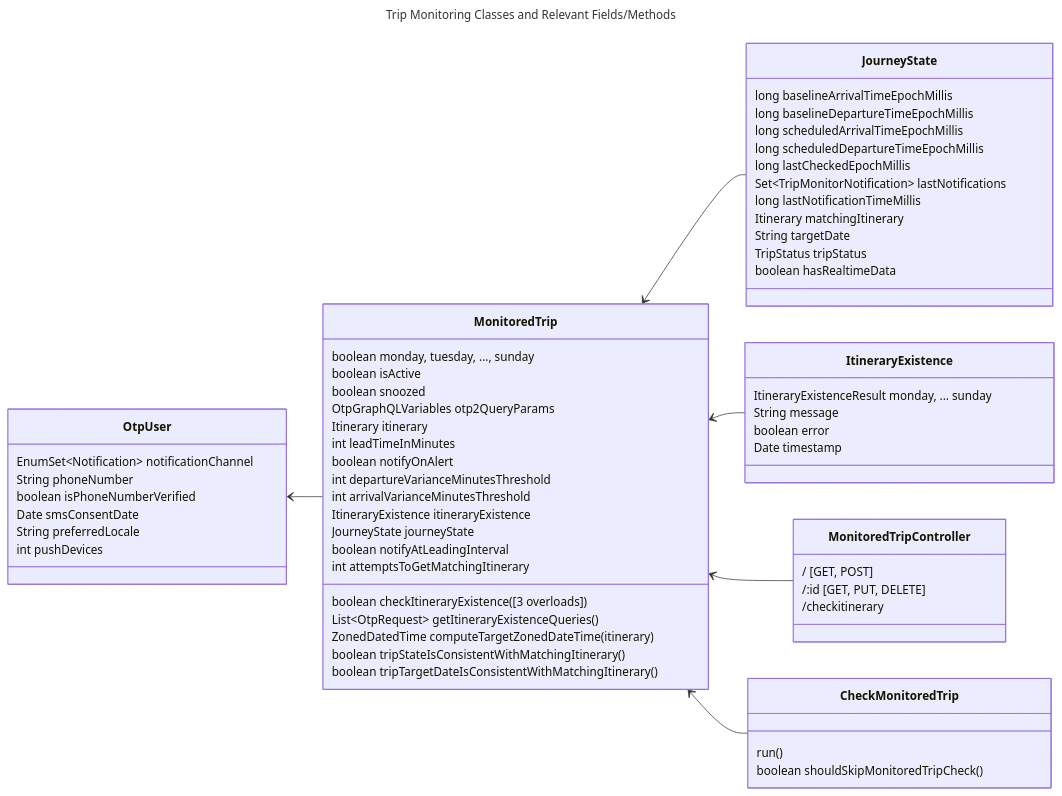
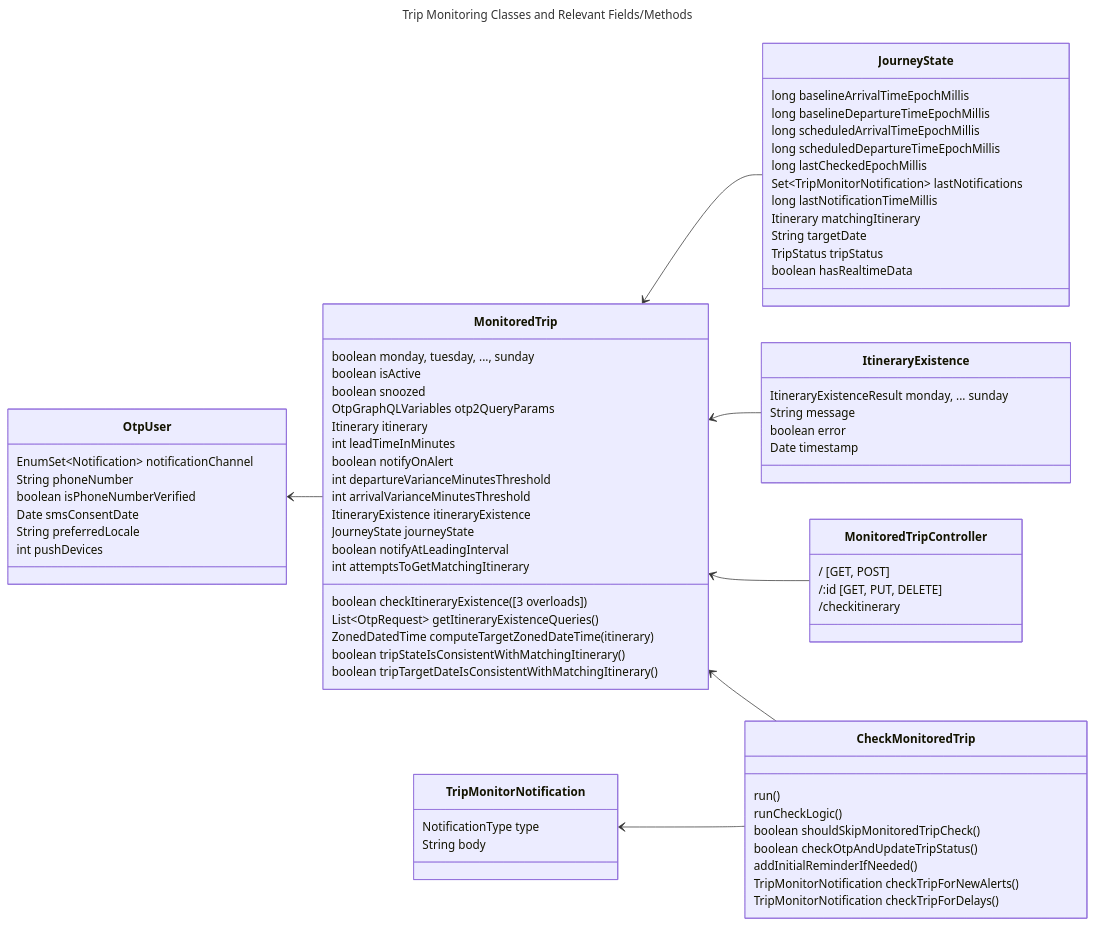
One commit to ibi-group/otp-middleware changed the first of 4 diagrams in docs/trip-monitoring.md. Above: the diagram before and after it, drawn with Mermaid. The commit also changed other lines of this file, not shown here.

Commit message:
docs(trip-monitoring): Add trip notification methods.

````diff
--- a/docs/trip-monitoring.md
+++ b/docs/trip-monitoring.md
@@ -15,69 +15,79 @@
 ```mermaid
 ---
 title: Trip Monitoring Classes and Relevant Fields/Methods
 ---
 classDiagram
     direction RL
     class OtpUser {
         EnumSet~Notification~ notificationChannel
         String phoneNumber
         boolean isPhoneNumberVerified
         Date smsConsentDate
         String preferredLocale
         int pushDevices
     }
     class MonitoredTrip {
         boolean monday, tuesday, ..., sunday
         boolean isActive
         boolean snoozed
         OtpGraphQLVariables otp2QueryParams
         Itinerary itinerary
         int leadTimeInMinutes
         boolean notifyOnAlert
         int departureVarianceMinutesThreshold
         int arrivalVarianceMinutesThreshold
         ItineraryExistence itineraryExistence
         JourneyState journeyState
         boolean notifyAtLeadingInterval
         int attemptsToGetMatchingItinerary
         boolean checkItineraryExistence([3 overloads])
         List~OtpRequest~ getItineraryExistenceQueries()
         ZonedDatedTime computeTargetZonedDateTime(itinerary)
         boolean tripStateIsConsistentWithMatchingItinerary()
         boolean tripTargetDateIsConsistentWithMatchingItinerary()
     }
     class JourneyState {
         long baselineArrivalTimeEpochMillis
         long baselineDepartureTimeEpochMillis
         long scheduledArrivalTimeEpochMillis
         long scheduledDepartureTimeEpochMillis
         long lastCheckedEpochMillis
         Set~TripMonitorNotification~ lastNotifications
         long lastNotificationTimeMillis
         Itinerary matchingItinerary
         String targetDate
         TripStatus tripStatus
         boolean hasRealtimeData
     }
     class ItineraryExistence {
         ItineraryExistenceResult monday, ... sunday
         String message
         boolean error
         Date timestamp
     }
     class MonitoredTripController {
         / [GET, POST]
         /:id [GET, PUT, DELETE]
         /checkitinerary
     }
     class CheckMonitoredTrip {
         run()
+        runCheckLogic()
         boolean shouldSkipMonitoredTripCheck()
+        boolean checkOtpAndUpdateTripStatus()
+        addInitialReminderIfNeeded()
+        TripMonitorNotification checkTripForNewAlerts()
+        TripMonitorNotification checkTripForDelays()
+    }
+    class TripMonitorNotification {
+        NotificationType type
+        String body
     }
     MonitoredTrip --> OtpUser
     JourneyState --> MonitoredTrip
     ItineraryExistence --> MonitoredTrip
     MonitoredTripController --> MonitoredTrip
     CheckMonitoredTrip --> MonitoredTrip
+    CheckMonitoredTrip --> TripMonitorNotification
 
 ```
````
